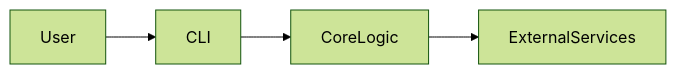
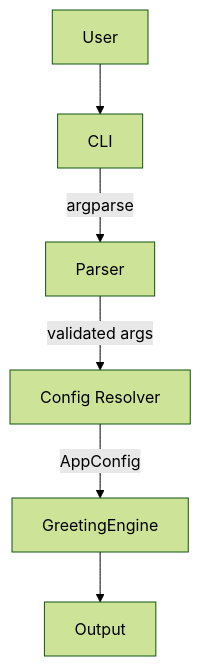
The diagram in docs/architecture.md (C-Tech-Labs/template-python-cli), drawn with Mermaid (forest theme) before and after one commit. The commit also changed other lines of this file and 9 other files, not shown here.

````diff
--- a/docs/architecture.md
+++ b/docs/architecture.md
@@ -3,6 +3,8 @@
 ```mermaid
-flowchart LR
+flowchart TB
     User --> CLI
-    CLI --> CoreLogic
-    CoreLogic --> ExternalServices
+    CLI -->|argparse| Parser
+    Parser -->|validated args| Config[Config Resolver]
+    Config -->|AppConfig| GreetingEngine
+    GreetingEngine --> Output
 ```
````
